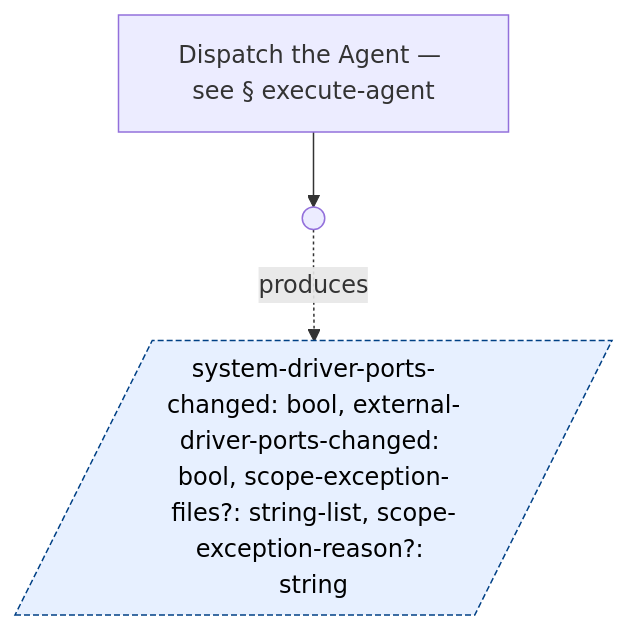
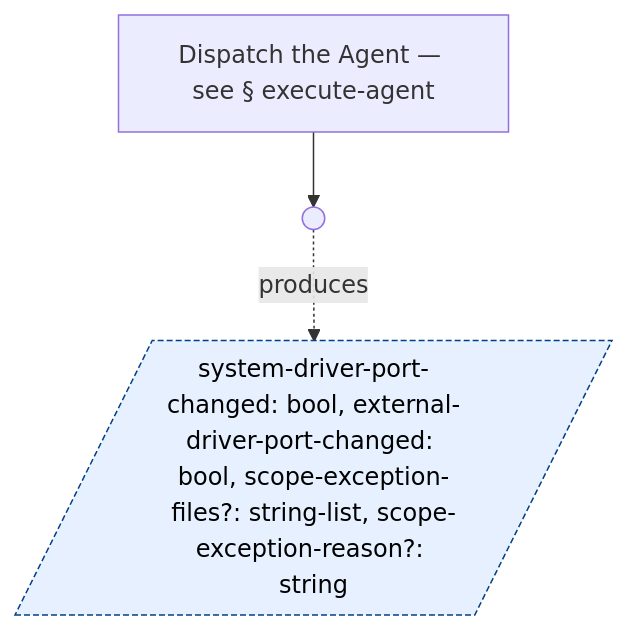
Before and after one commit to optivem/gh-optivem: diagram 27 of 53 in docs/process-diagram.md, drawn with Mermaid. The commit also changed 1 other file, not shown here.

Commit message:
atdd: regenerate process-flow diagram

````diff
--- a/docs/process-diagram.md
+++ b/docs/process-diagram.md
@@ -530,12 +530,12 @@
 ```mermaid
 flowchart TD
     EXECUTE_AGENT[Dispatch the Agent — see § execute-agent]
     IMPL_DSL_END(( ))
 
     EXECUTE_AGENT --> IMPL_DSL_END
-    IMPLEMENT-DSL_OUTPUTS[/system-driver-ports-changed: bool, external-driver-ports-changed: bool, scope-exception-files?: string-list, scope-exception-reason?: string/]
+    IMPLEMENT-DSL_OUTPUTS[/system-driver-port-changed: bool, external-driver-port-changed: bool, scope-exception-files?: string-list, scope-exception-reason?: string/]
     IMPL_DSL_END -. produces .-> IMPLEMENT-DSL_OUTPUTS
 
     classDef outputNode fill:#e7f0ff,stroke:#004085,stroke-width:1px,stroke-dasharray:4 2,color:#000000
     class IMPLEMENT-DSL_OUTPUTS outputNode
 ```
````
